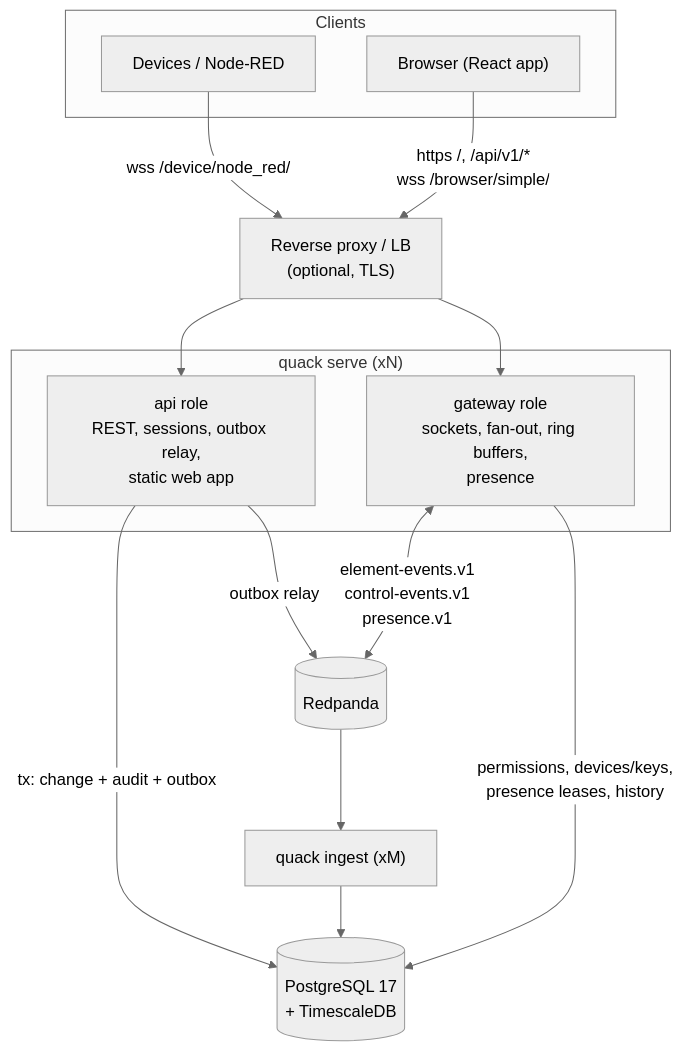
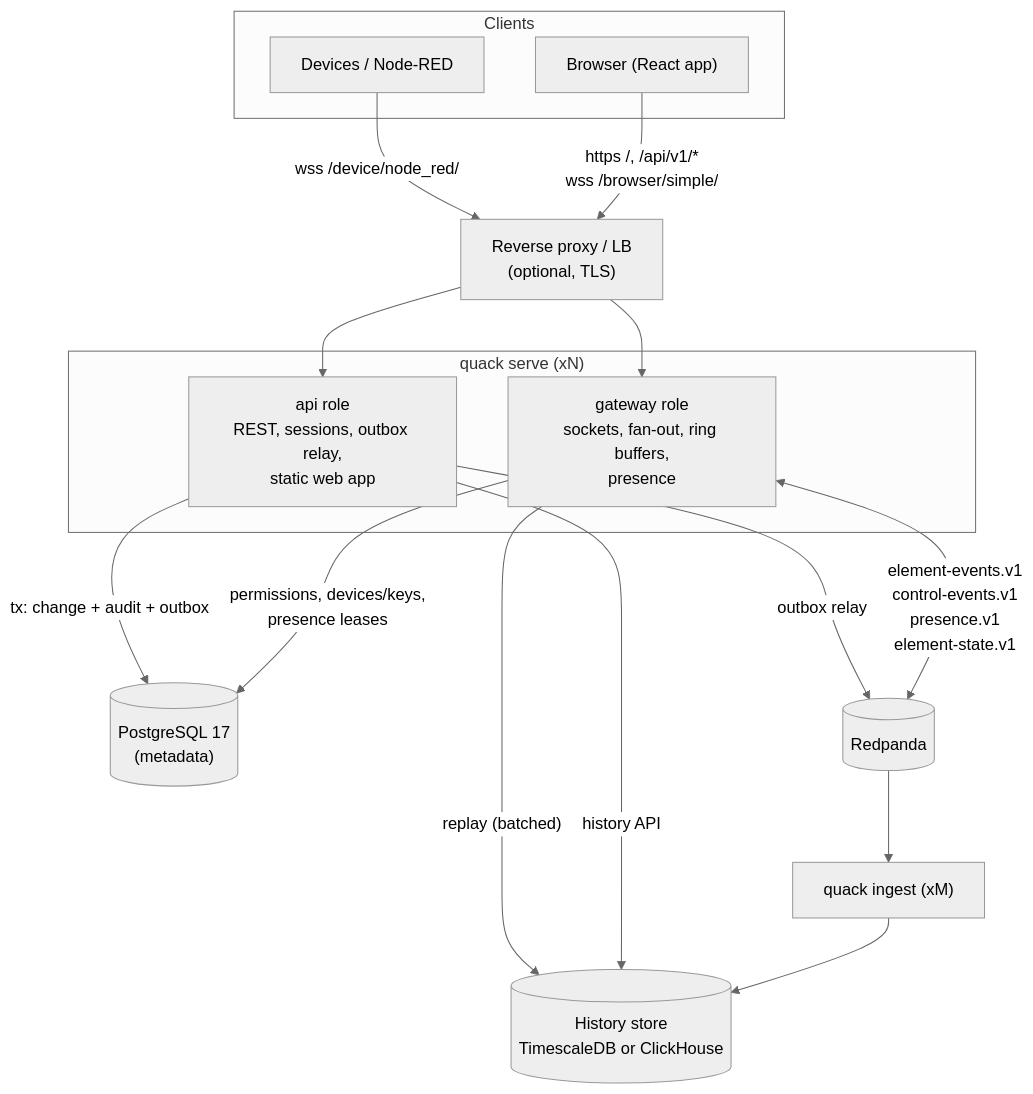
Before and after one commit to taha2samy-3/qauk-qauk: the first of 6 diagrams in docs/02_architecture.md, drawn with Mermaid (neutral theme). The commit also changed other lines of this file and 5 other files, not shown here.

````diff
--- a/docs/02_architecture.md
+++ b/docs/02_architecture.md
@@ -5,22 +5,24 @@
 ```mermaid
 flowchart TB
   subgraph Clients
     D["Devices / Node-RED"]
     B["Browser (React app)"]
   end
   P["Reverse proxy / LB<br/>(optional, TLS)"]
   D -- "wss /device/node_red/" --> P
   B -- "https /, /api/v1/*<br/>wss /browser/simple/" --> P
   subgraph S["quack serve (xN)"]
     API["api role<br/>REST, sessions, outbox relay,<br/>static web app"]
     GW["gateway role<br/>sockets, fan-out, ring buffers,<br/>presence"]
   end
   P --> API
   P --> GW
-  API -- "tx: change + audit + outbox" --> PG[("PostgreSQL 17<br/>+ TimescaleDB")]
+  API -- "tx: change + audit + outbox" --> PG[("PostgreSQL 17<br/>(metadata)")]
   API -- "outbox relay" --> RP[("Redpanda")]
-  GW <-- "element-events.v1<br/>control-events.v1<br/>presence.v1" --> RP
-  GW -- "permissions, devices/keys,<br/>presence leases, history" --> PG
+  GW <-- "element-events.v1<br/>control-events.v1<br/>presence.v1<br/>element-state.v1" --> RP
+  GW -- "permissions, devices/keys,<br/>presence leases" --> PG
+  GW -- "replay (batched)" --> H
+  API -- "history API" --> H
   RP --> IN["quack ingest (xM)"]
-  IN --> PG
+  IN --> H[("History store<br/>TimescaleDB or ClickHouse")]
 ```
````
